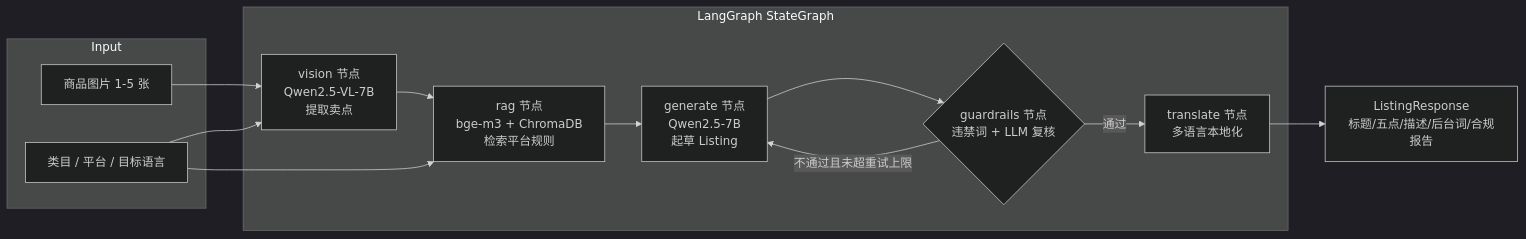
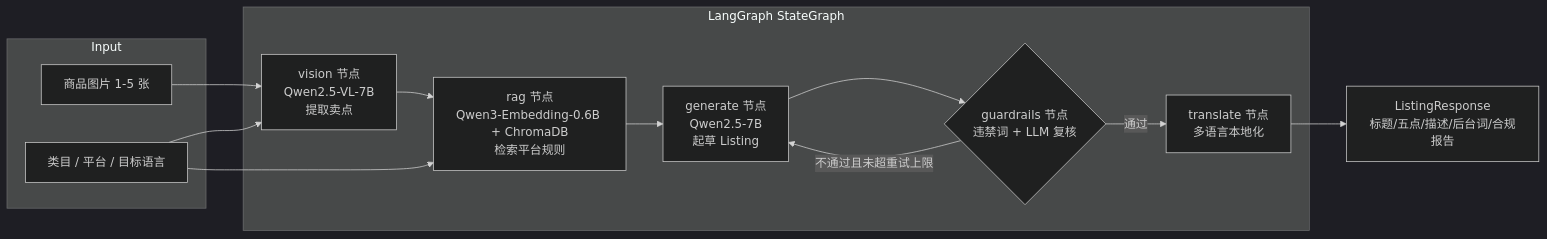
Before and after one commit to KDHR9100/CrossLister: the diagram in README.md, drawn with Mermaid (dark theme). The commit also changed other lines of this file and 24 other files, not shown here.

````diff
--- a/README.md
+++ b/README.md
@@ -29,25 +29,25 @@
 ```mermaid
 flowchart LR
     subgraph Input
         IMG[商品图片 1-5 张]
         META[类目 / 平台 / 目标语言]
     end
 
     subgraph Graph[LangGraph StateGraph]
         V[vision 节点<br/>Qwen2.5-VL-7B<br/>提取卖点]
-        R[rag 节点<br/>bge-m3 + ChromaDB<br/>检索平台规则]
+        R[rag 节点<br/>Qwen3-Embedding-0.6B + ChromaDB<br/>检索平台规则]
         G[generate 节点<br/>Qwen2.5-7B<br/>起草 Listing]
         C{guardrails 节点<br/>违禁词 + LLM 复核}
         T[translate 节点<br/>多语言本地化]
     end
 
     IMG --> V
     META --> V
     V --> R
     META --> R
     R --> G
     G --> C
     C -- 不通过且未超重试上限 --> G
     C -- 通过 --> T
     T --> OUT[ListingResponse<br/>标题/五点/描述/后台词/合规报告]
 ```
````
